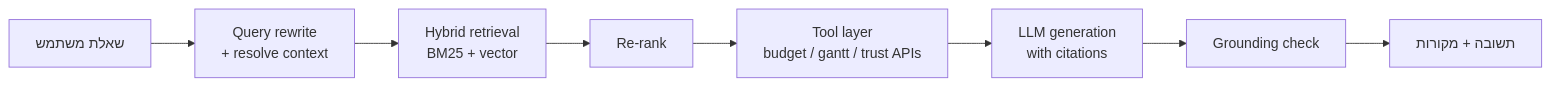
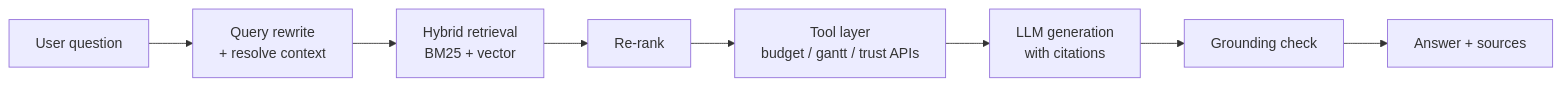
The fifth of 6 diagrams in docs/high-level-design.md (olegsher-ds-2025/Buildguard), drawn with Mermaid before and after one commit. The commit also changed other lines of this file, not shown here.

First line of the commit message:
docs: rewrite high level design document in English

````diff
--- a/docs/high-level-design.md
+++ b/docs/high-level-design.md
@@ -414,10 +416,10 @@
 ```mermaid
 graph LR
-    Q["שאלת משתמש"] --> RW["Query rewrite<br/>+ resolve context"]
+    Q["User question"] --> RW["Query rewrite<br/>+ resolve context"]
     RW --> RT["Hybrid retrieval<br/>BM25 + vector"]
     RT --> RR["Re-rank"]
     RR --> TL["Tool layer<br/>budget / gantt / trust APIs"]
     TL --> GEN["LLM generation<br/>with citations"]
     GEN --> GRD["Grounding check"]
-    GRD --> ANS["תשובה + מקורות"]
+    GRD --> ANS["Answer + sources"]
 ```
````
